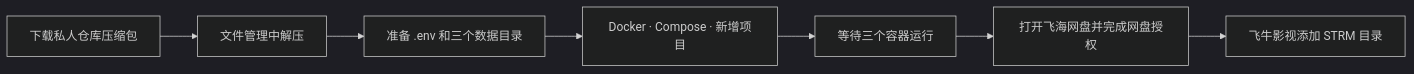
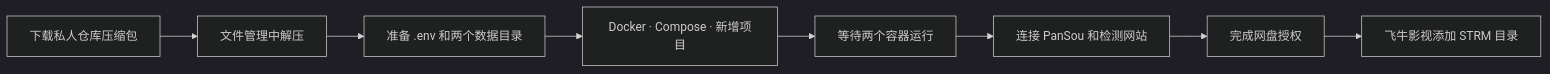
The diagram in docs/FNOS_INSTALL.md (micaibiji/feihai-netdisk), drawn with Mermaid (dark theme) before and after one commit. The commit also changed other lines of this file and 13 other files, not shown here.

````diff
--- a/docs/FNOS_INSTALL.md
+++ b/docs/FNOS_INSTALL.md
@@ -7,9 +7,10 @@
 ```mermaid
 flowchart LR
     A[下载私人仓库压缩包] --> B[文件管理中解压]
-    B --> C[准备 .env 和三个数据目录]
+    B --> C[准备 .env 和两个数据目录]
     C --> D[Docker · Compose · 新增项目]
-    D --> E[等待三个容器运行]
-    E --> F[打开飞海网盘并完成网盘授权]
-    F --> G[飞牛影视添加 STRM 目录]
+    D --> E[等待两个容器运行]
+    E --> F[连接 PanSou 和检测网站]
+    F --> G[完成网盘授权]
+    G --> H[飞牛影视添加 STRM 目录]
 ```
````
